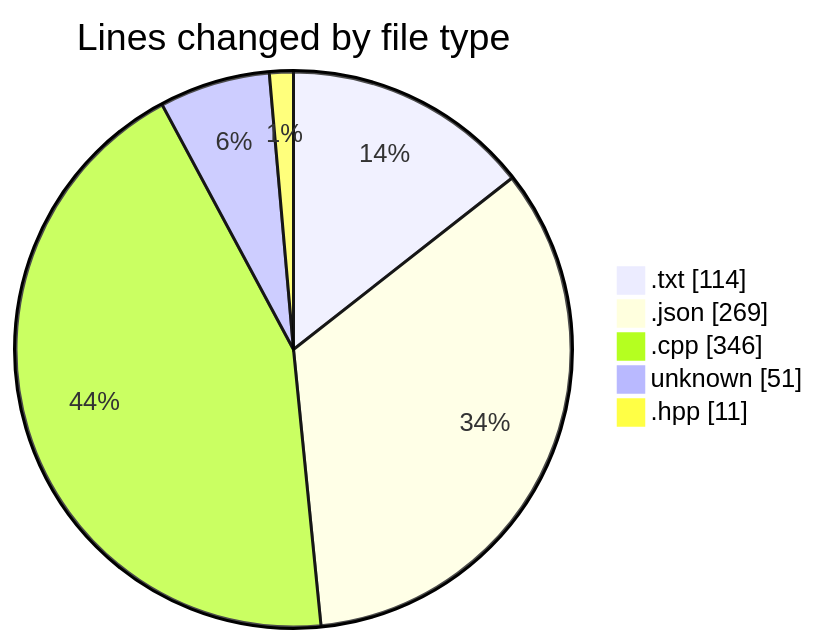
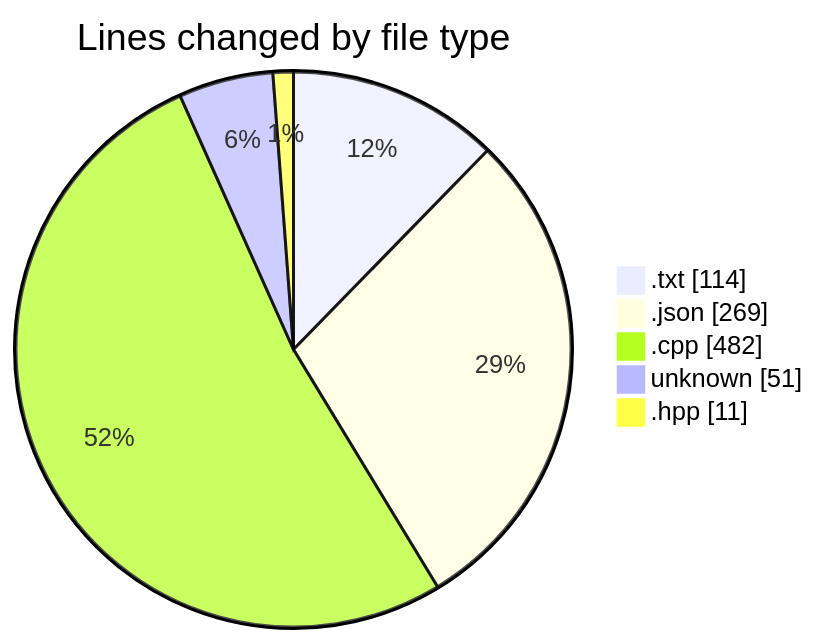
The first of 2 diagrams in 2025-04-07/echo/README.md (Netris89/code-tracking), drawn with Mermaid before and after one commit. The commit also changed other lines of this file and 1 other file, not shown here.

````diff
--- a/2025-04-07/echo/README.md
+++ b/2025-04-07/echo/README.md
@@ -25,9 +25,9 @@
 ```mermaid
 pie showData
 title Lines changed by file type
 ".txt" : 114
 ".json" : 269
-".cpp" : 346
+".cpp" : 482
 "unknown" : 51
 ".hpp" : 11
 ```
````
